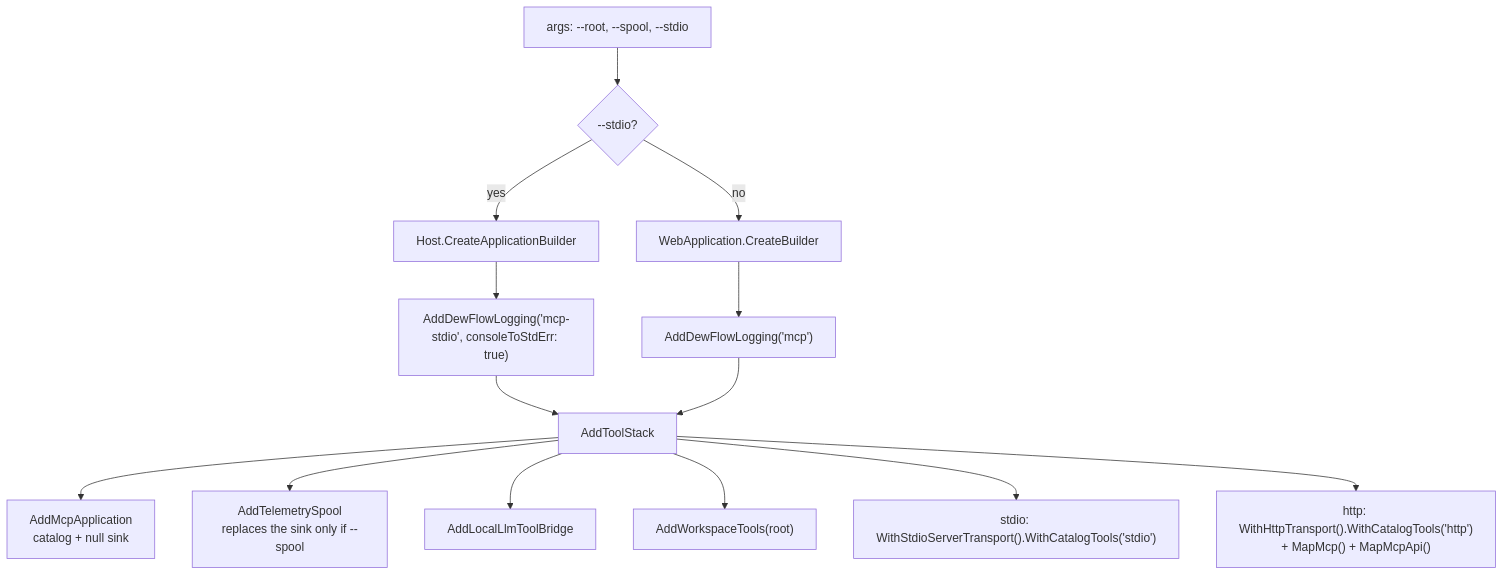
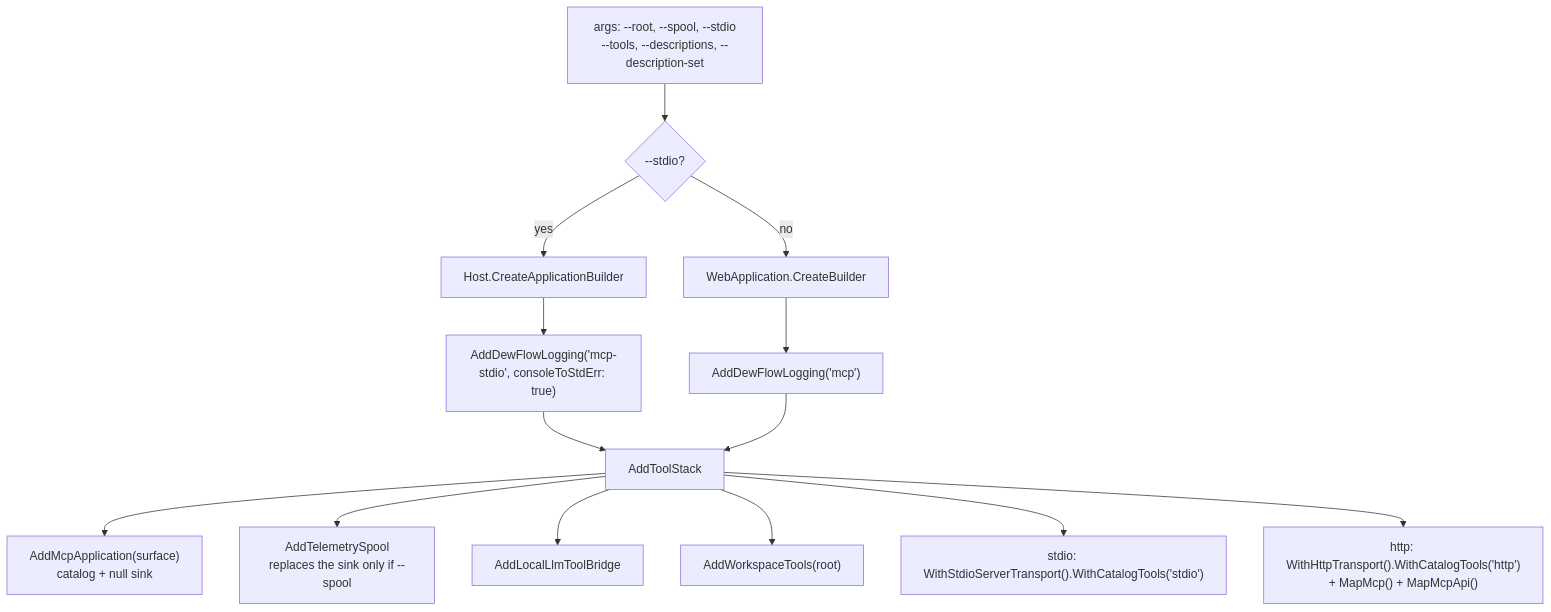
One commit to oleksandrdubyna88/dew_flow_mcp changed the diagram in research/module_hosting.md. Above: the diagram before and after it, drawn with Mermaid. The commit also changed other lines of this file and 13 other files, not shown here.

````diff
--- a/research/module_hosting.md
+++ b/research/module_hosting.md
@@ -15,21 +15,21 @@
 ```mermaid
 flowchart TD
-    ARGS["args: --root, --spool, --stdio"] --> MODE{"--stdio?"}
+    ARGS["args: --root, --spool, --stdio<br/>--tools, --descriptions, --description-set"] --> MODE{"--stdio?"}
 
     MODE -->|yes| STDIO["Host.CreateApplicationBuilder"]
     MODE -->|no| WEB["WebApplication.CreateBuilder"]
 
     STDIO --> LOGS["AddDewFlowLogging('mcp-stdio', consoleToStdErr: true)"]
     WEB --> LOGW["AddDewFlowLogging('mcp')"]
 
     LOGS --> STACK
     LOGW --> STACK
 
-    STACK["AddToolStack"] --> APP["AddMcpApplication<br/>catalog + null sink"]
+    STACK["AddToolStack"] --> APP["AddMcpApplication(surface)<br/>catalog + null sink"]
     STACK --> TEL["AddTelemetrySpool<br/>replaces the sink only if --spool"]
     STACK --> BRIDGE["AddLocalLlmToolBridge"]
     STACK --> WS["AddWorkspaceTools(root)"]
 
     STACK --> T1["stdio: WithStdioServerTransport().WithCatalogTools('stdio')"]
     STACK --> T2["http: WithHttpTransport().WithCatalogTools('http')<br/>+ MapMcp() + MapMcpApi()"]
 ```
````
